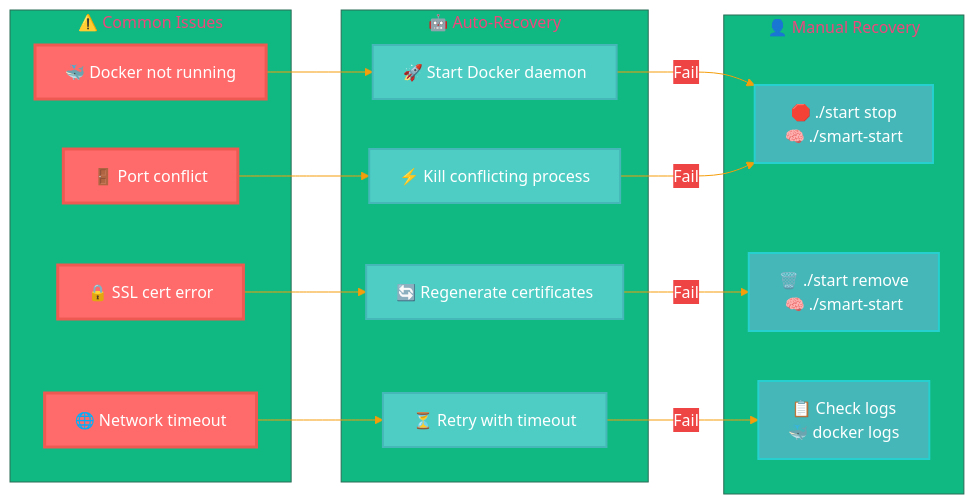
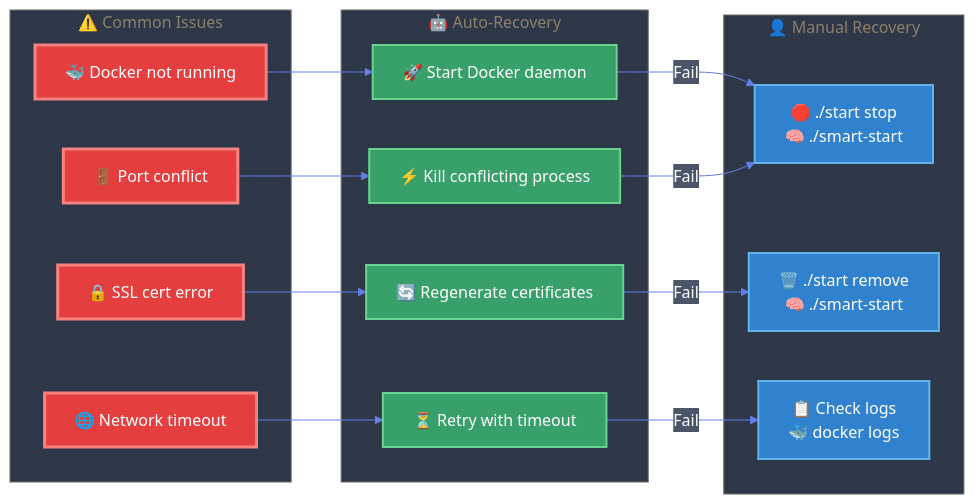
Before and after one commit to GraphDone/GraphDone-Core: the fourth of 6 diagrams in docs/installation-flow.md, drawn with Mermaid. The commit also changed other lines of this file, not shown here.

First line of the commit message:
🎨 Fix diagram colors for better readability

````diff
--- a/docs/installation-flow.md
+++ b/docs/installation-flow.md
@@ -225,56 +227,58 @@
 ```mermaid
 %%{init: {
   'theme': 'base',
   'themeVariables': {
-    'primaryColor': '#8B5CF6',
-    'primaryTextColor': '#ffffff',
-    'primaryBorderColor': '#A855F7',
-    'lineColor': '#F59E0B',
-    'secondaryColor': '#EF4444',
-    'tertiaryColor': '#10B981',
-    'background': '#0F0F23',
-    'mainBkg': '#8B5CF6',
-    'secondBkg': '#EF4444',
-    'tertiaryBkg': '#10B981'
+    'primaryColor': '#2D3748',
+    'primaryTextColor': '#FFFFFF',
+    'primaryBorderColor': '#4A5568',
+    'lineColor': '#667EEA',
+    'secondaryColor': '#4A5568',
+    'tertiaryColor': '#718096',
+    'background': '#1A202C',
+    'mainBkg': '#2D3748',
+    'secondBkg': '#4A5568',
+    'tertiaryBkg': '#718096',
+    'clusterBkg': '#2D3748',
+    'altBackground': '#4A5568'
   }
 }}%%
 
 flowchart LR
     subgraph Issues ["⚠️ Common Issues"]
         E1[🐳 Docker not running]
         E2[🚪 Port conflict]
         E3[🔒 SSL cert error]
         E4[🌐 Network timeout]
     end
     
     subgraph AutoFix ["🤖 Auto-Recovery"]
         F1[🚀 Start Docker daemon]
         F2[⚡ Kill conflicting process]
         F3[🔄 Regenerate certificates]
         F4[⏳ Retry with timeout]
     end
     
     subgraph Manual ["👤 Manual Recovery"]
         M1[🛑 ./start stop<br/>🧠 ./smart-start]
         M2[🗑️ ./start remove<br/>🧠 ./smart-start]
         M3[📋 Check logs<br/>🐳 docker logs]
     end
     
     E1 --> F1
     E2 --> F2
     E3 --> F3
     E4 --> F4
     
     F1 -->|Fail| M1
     F2 -->|Fail| M1
     F3 -->|Fail| M2
     F4 -->|Fail| M3
     
-    classDef errorStyle fill:#ff6b6b,stroke:#ee5a52,stroke-width:3px,color:#ffffff
-    classDef autoStyle fill:#4ecdc4,stroke:#45b7b8,stroke-width:2px,color:#ffffff
-    classDef manualStyle fill:#45b7b8,stroke:#26d0ce,stroke-width:2px,color:#ffffff
+    classDef errorStyle fill:#E53E3E,stroke:#FC8181,stroke-width:3px,color:#FFFFFF
+    classDef autoStyle fill:#38A169,stroke:#68D391,stroke-width:2px,color:#FFFFFF
+    classDef manualStyle fill:#3182CE,stroke:#63B3ED,stroke-width:2px,color:#FFFFFF
     
     class E1,E2,E3,E4 errorStyle
     class F1,F2,F3,F4 autoStyle
     class M1,M2,M3 manualStyle
 ```
````
